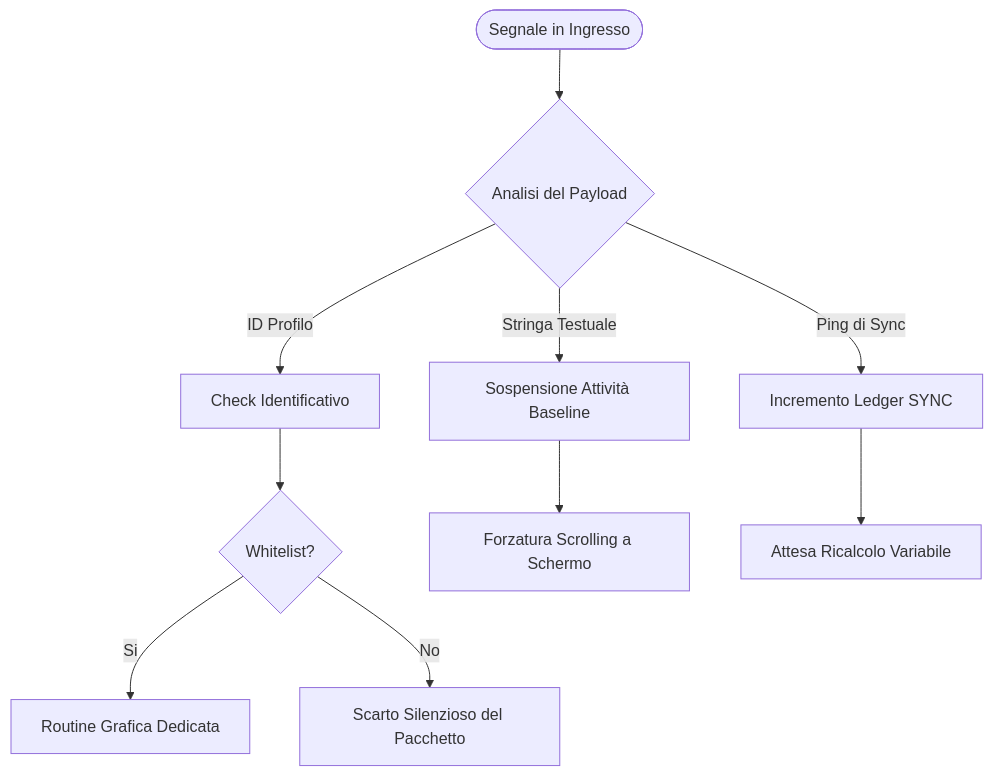
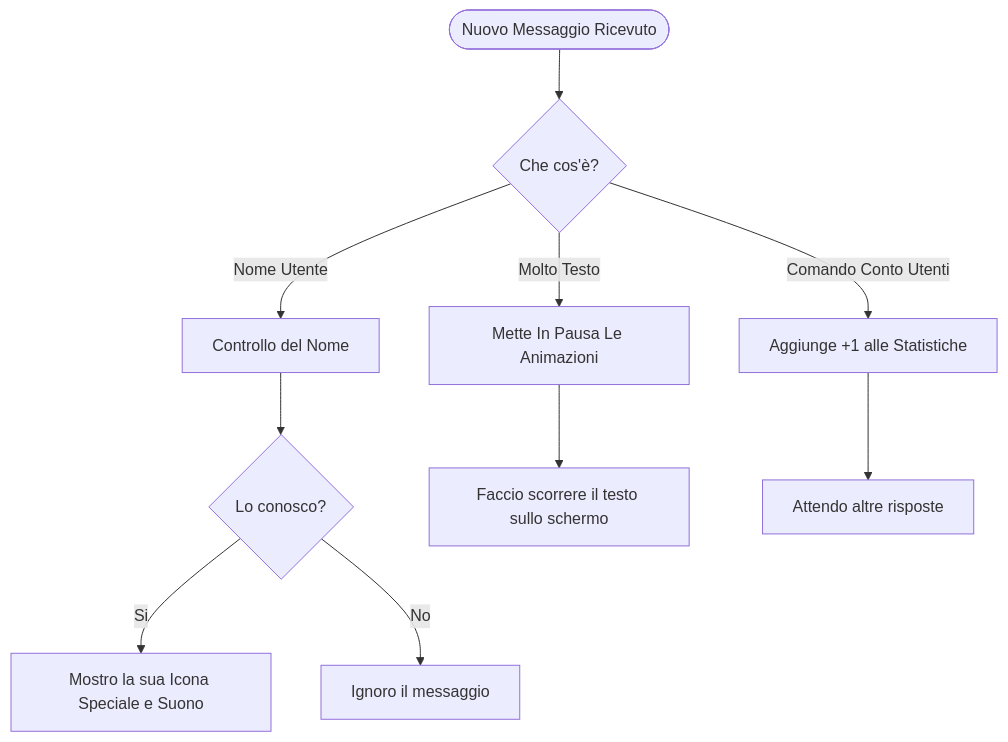
Before and after one commit to pgiudici13/MicrobitRadiov3: the second of 4 diagrams in README.md, drawn with Mermaid. The commit also changed other lines of this file, not shown here.

````diff
--- a/README.md
+++ b/README.md
@@ -43,14 +43,14 @@
 ```mermaid
 flowchart TD
-    A([Segnale in Ingresso]) --> B{Analisi del Payload}
-    B -- ID Profilo --> C[Check Identificativo]
-    B -- Stringa Testuale --> D[Sospensione Attività Baseline]
-    B -- Ping di Sync --> E[Incremento Ledger SYNC]
+    A([Nuovo Messaggio Ricevuto]) --> B{Che cos'è?}
+    B -- Nome Utente --> C[Controllo del Nome]
+    B -- Molto Testo --> D[Mette In Pausa Le Animazioni]
+    B -- Comando Conto Utenti --> E[Aggiunge +1 alle Statistiche]
     
-    C --> F{Whitelist?}
-    F -- Si --> G[Routine Grafica Dedicata]
-    F -- No --> H[Scarto Silenzioso del Pacchetto]
+    C --> F{Lo conosco?}
+    F -- Si --> G[Mostro la sua Icona Speciale e Suono]
+    F -- No --> H[Ignoro il messaggio]
     
-    D --> I[Forzatura Scrolling a Schermo]
-    E --> J[Attesa Ricalcolo Variabile]
+    D --> I[Faccio scorrere il testo sullo schermo]
+    E --> J[Attendo altre risposte]
 ```
````
